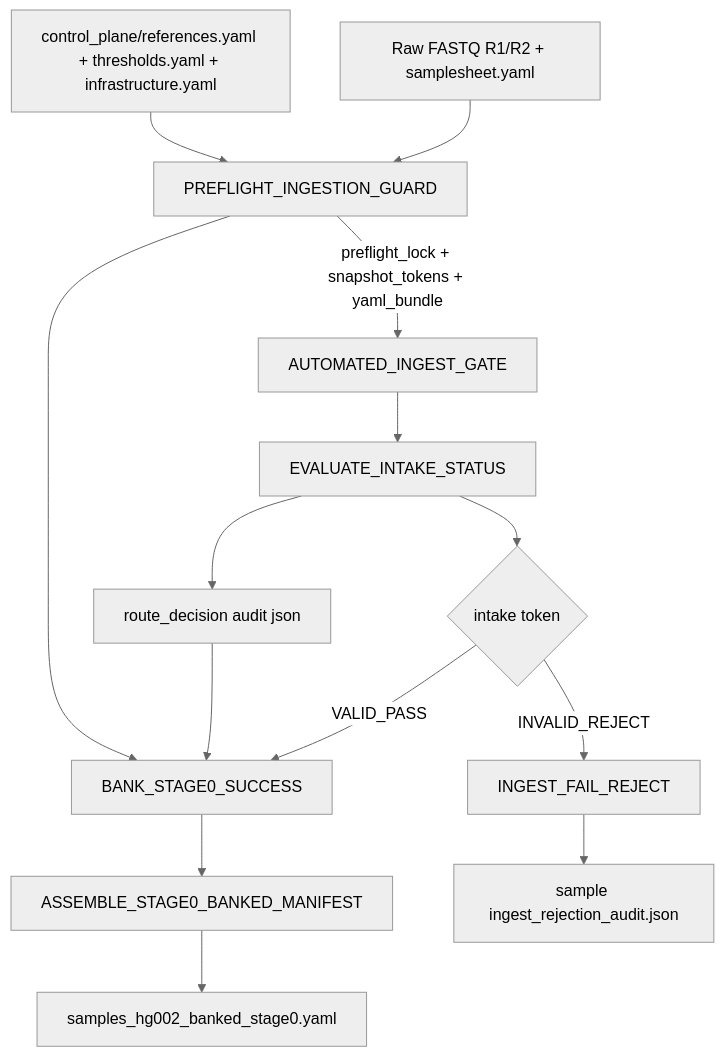
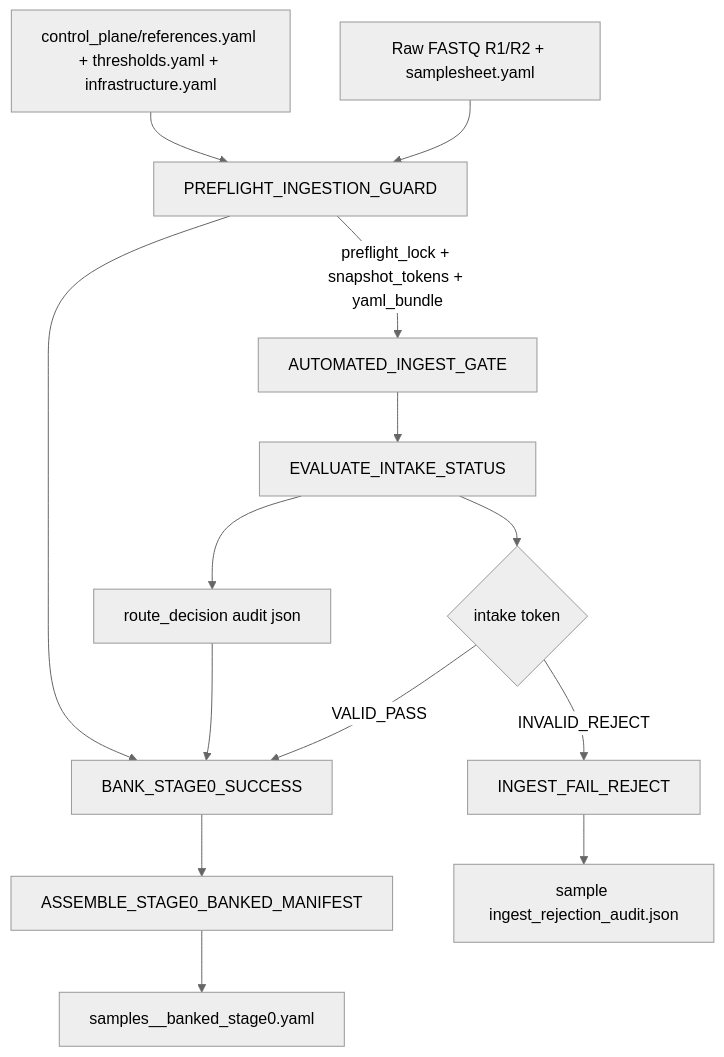
Before and after one commit to jmorganknight/nf_Gen_Var_Pipe: the diagram in Stage_0_Preflight_Ingest_Gate/README.md, drawn with Mermaid (neutral theme). The commit also changed other lines of this file and 123 other files, not shown here.

````diff
--- a/Stage_0_Preflight_Ingest_Gate/README.md
+++ b/Stage_0_Preflight_Ingest_Gate/README.md
@@ -9,16 +9,16 @@
 ```mermaid
 flowchart TD
     A["Raw FASTQ R1/R2 + samplesheet.yaml"] --> B["PREFLIGHT_INGESTION_GUARD"]
     C["control_plane/references.yaml + thresholds.yaml + infrastructure.yaml"] --> B
     B -->|preflight_lock + snapshot_tokens + yaml_bundle| D["AUTOMATED_INGEST_GATE"]
     D --> E["EVALUATE_INTAKE_STATUS"]
     E --> F{"intake token"}
     F -->|VALID_PASS| G["BANK_STAGE0_SUCCESS"]
     F -->|INVALID_REJECT| H["INGEST_FAIL_REJECT"]
     E --> I["route_decision audit json"]
     I --> G
     B --> G
     G --> J["ASSEMBLE_STAGE0_BANKED_MANIFEST"]
-    J --> K["samples_hg002_banked_stage0.yaml"]
+    J --> K["samples_<sample_id>_banked_stage0.yaml"]
     H --> L["sample ingest_rejection_audit.json"]
 ```
````
